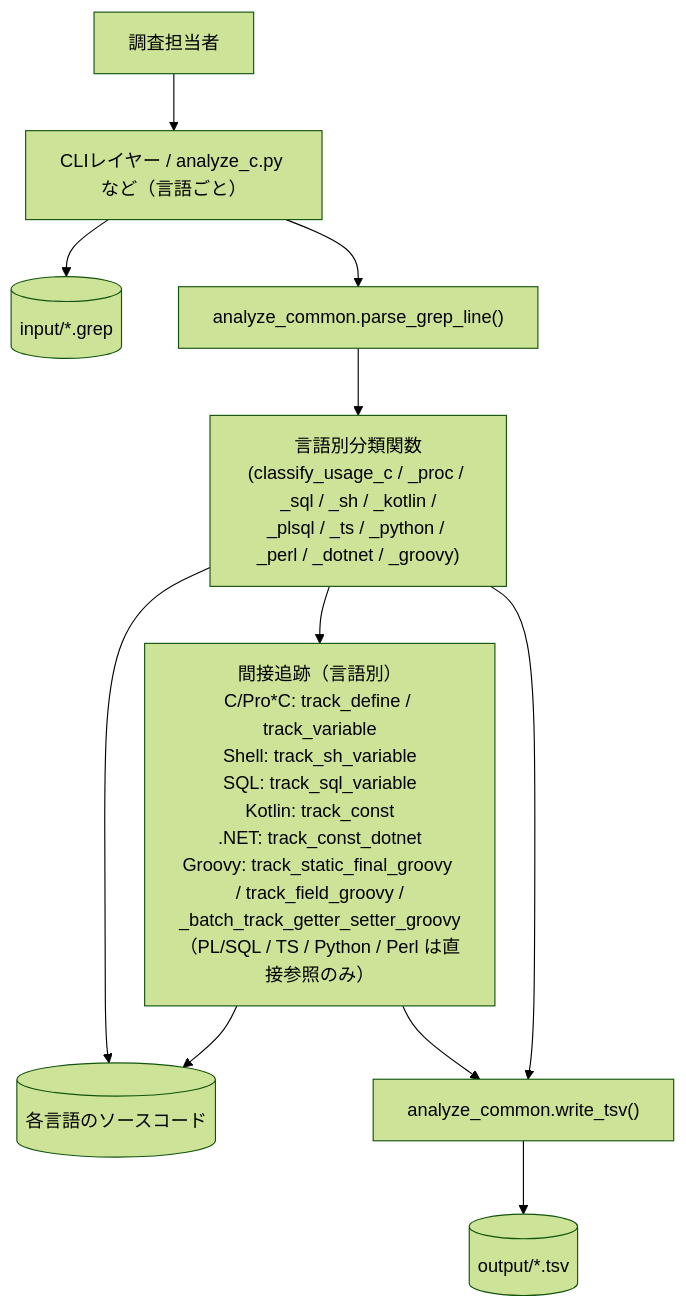
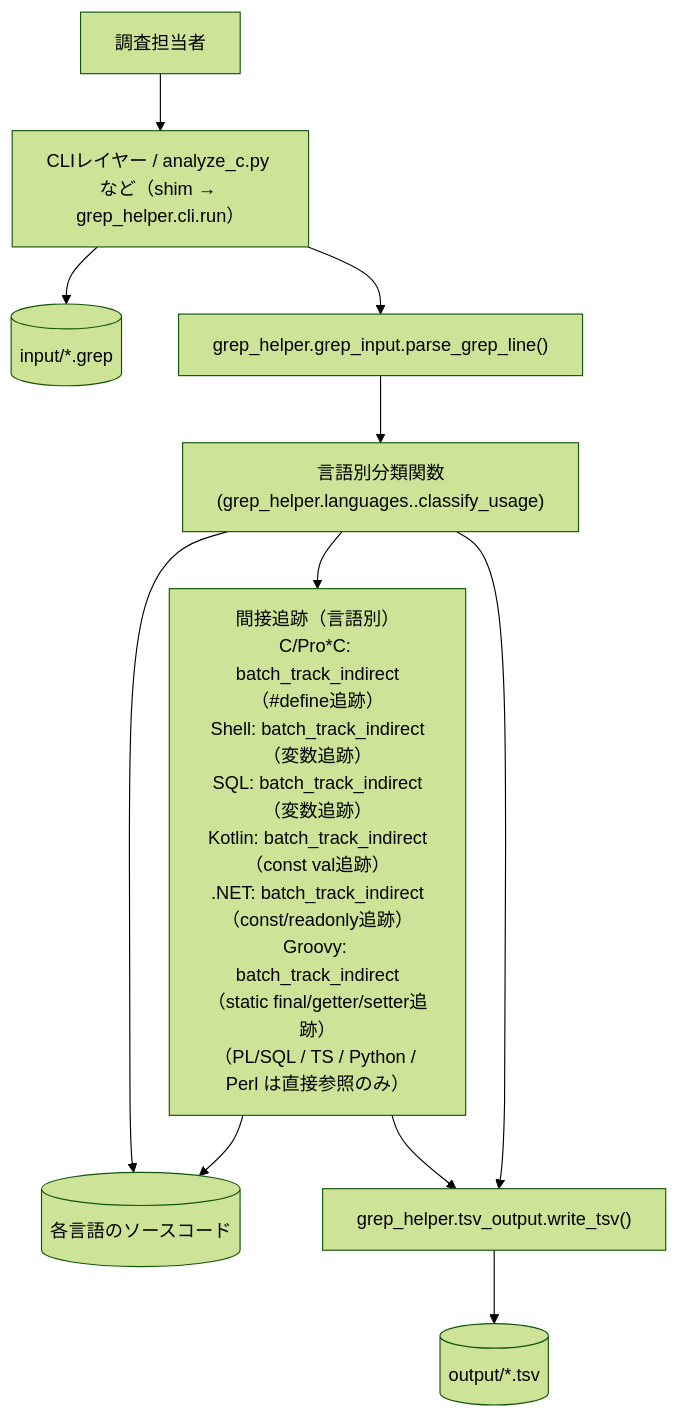
One commit to AkiraIsozaki/grep_helper_superpowers changed the second of 5 diagrams in docs/functional-design.md. Above: the diagram before and after it, drawn with Mermaid (forest theme). The commit also changed other lines of this file and 7 other files, not shown here.

First line of the commit message:
docs(phase8): rewrite docs for new grep_helper package structure

````diff
--- a/docs/functional-design.md
+++ b/docs/functional-design.md
@@ -39,23 +39,23 @@
 ```mermaid
 graph TB
     User[調査担当者]
-    CLI["CLIレイヤー / analyze_c.py など（言語ごと）"]
-    Common["analyze_common.parse_grep_line()"]
-    Classifier["言語別分類関数\n(classify_usage_c / _proc / _sql / _sh / _kotlin /\n_plsql / _ts / _python / _perl / _dotnet / _groovy)"]
-    Tracker["間接追跡（言語別）\nC/Pro*C: track_define / track_variable\nShell: track_sh_variable\nSQL: track_sql_variable\nKotlin: track_const\n.NET: track_const_dotnet\nGroovy: track_static_final_groovy / track_field_groovy /\n_batch_track_getter_setter_groovy\n（PL/SQL / TS / Python / Perl は直接参照のみ）"]
-    Output["analyze_common.write_tsv()"]
+    CLI["CLIレイヤー / analyze_c.py など（shim → grep_helper.cli.run）"]
+    Common["grep_helper.grep_input.parse_grep_line()"]
+    Classifier["言語別分類関数\n(grep_helper.languages.<lang>.classify_usage)"]
+    Tracker["間接追跡（言語別）\nC/Pro*C: batch_track_indirect（#define追跡）\nShell: batch_track_indirect（変数追跡）\nSQL: batch_track_indirect（変数追跡）\nKotlin: batch_track_indirect（const val追跡）\n.NET: batch_track_indirect（const/readonly追跡）\nGroovy: batch_track_indirect（static final/getter/setter追跡）\n（PL/SQL / TS / Python / Perl は直接参照のみ）"]
+    Output["grep_helper.tsv_output.write_tsv()"]
     GrepFiles[("input/*.grep")]
     SrcFiles[("各言語のソースコード")]
     TSVFiles[("output/*.tsv")]
 
     User --> CLI
     CLI --> GrepFiles
     CLI --> Common
     Common --> Classifier
     Classifier --> SrcFiles
     Classifier --> Tracker
     Tracker --> SrcFiles
     Classifier --> Output
     Tracker --> Output
     Output --> TSVFiles
 ```
````
